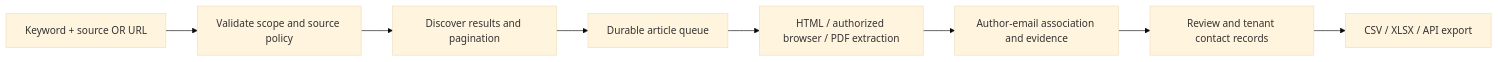
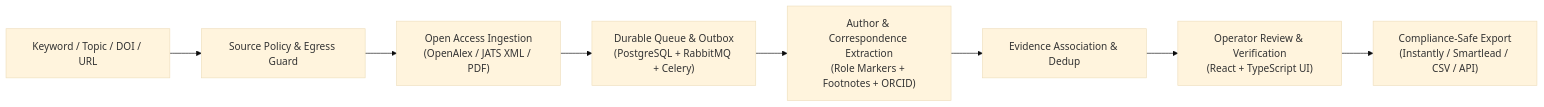
The diagram in README.md (APReddy-AutoBotz/EmailMonitor), drawn with Mermaid (base theme) before and after one commit. The commit also changed other lines of this file and 3 other files, not shown here.

Commit message:
docs: update status ledger, README, and Open Access strategic roadmap

````diff
--- a/README.md
+++ b/README.md
@@ -18,10 +39,10 @@
 ```mermaid
 flowchart LR
-  A[Keyword + source OR URL] --> B[Validate scope and source policy]
-  B --> C[Discover results and pagination]
-  C --> D[Durable article queue]
-  D --> E[HTML / authorized browser / PDF extraction]
-  E --> F[Author-email association and evidence]
-  F --> G[Review and tenant contact records]
-  G --> H[CSV / XLSX / API export]
+  A["Keyword / Topic / DOI / URL"] --> B["Source Policy & Egress Guard"]
+  B --> C["Open Access Ingestion<br/>(OpenAlex / JATS XML / PDF)"]
+  C --> D["Durable Queue & Outbox<br/>(PostgreSQL + RabbitMQ + Celery)"]
+  D --> E["Author & Correspondence Extraction<br/>(Role Markers + Footnotes + ORCID)"]
+  E --> F["Evidence Association & Dedup"]
+  F --> G["Operator Review & Verification<br/>(React + TypeScript UI)"]
+  G --> H["Compliance-Safe Export<br/>(Instantly / Smartlead / CSV / API)"]
 ```
````
